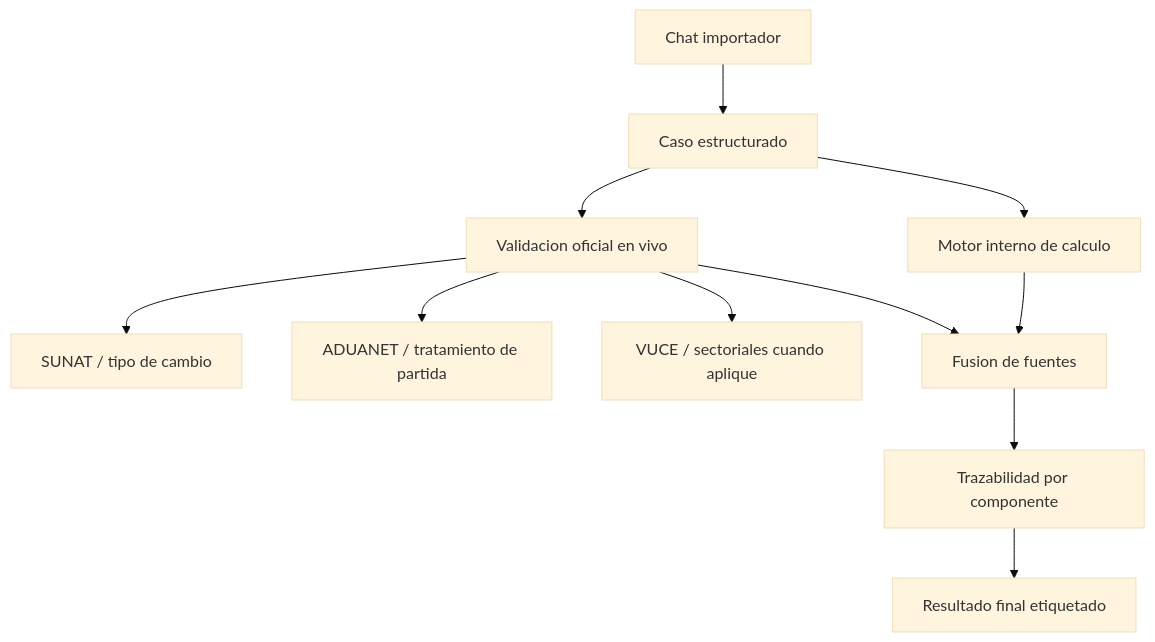
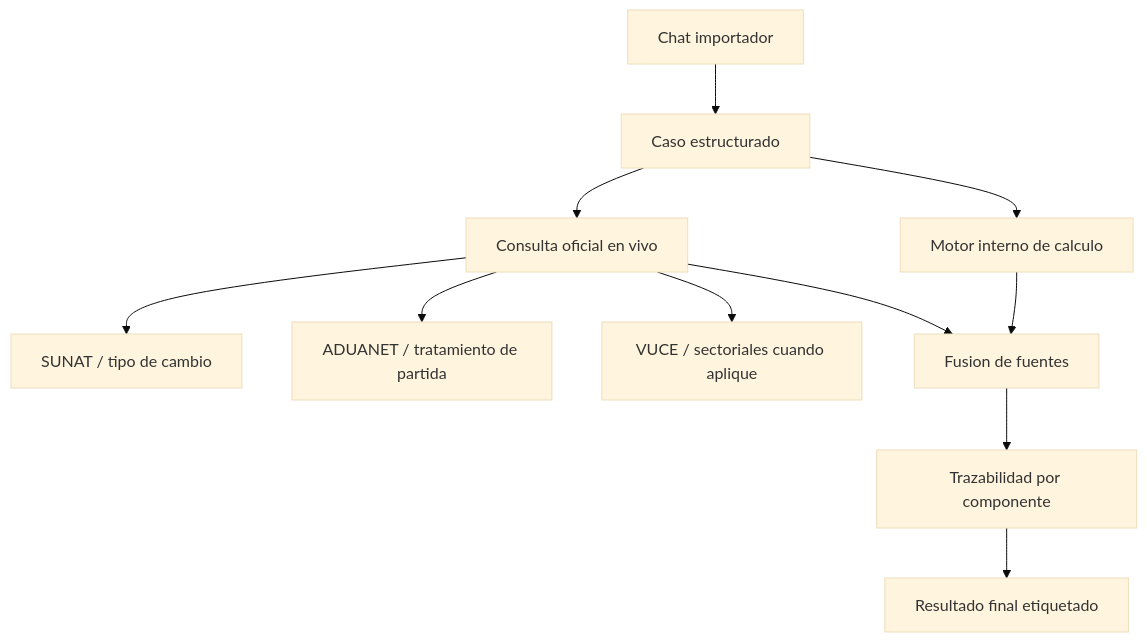
One commit to Zolwayofficial/Cotizador---Broke-Shop changed the diagram in docs/ARQUITECTURA_VALIDACION_OFICIAL_IMPORTACION_2026.md. Above: the diagram before and after it, drawn with Mermaid (base theme). The commit also changed other lines of this file and 220 other files, not shown here.

````diff
--- a/docs/ARQUITECTURA_VALIDACION_OFICIAL_IMPORTACION_2026.md
+++ b/docs/ARQUITECTURA_VALIDACION_OFICIAL_IMPORTACION_2026.md
@@ -329,13 +301,13 @@
 ```mermaid
 flowchart TD
     A["Chat importador"] --> B["Caso estructurado"]
     B --> C["Motor interno de calculo"]
-    B --> D["Validacion oficial en vivo"]
+    B --> D["Consulta oficial en vivo"]
     D --> D1["SUNAT / tipo de cambio"]
     D --> D2["ADUANET / tratamiento de partida"]
     D --> D3["VUCE / sectoriales cuando aplique"]
     C --> E["Fusion de fuentes"]
     D --> E
     E --> F["Trazabilidad por componente"]
     F --> G["Resultado final etiquetado"]
 ```
````
